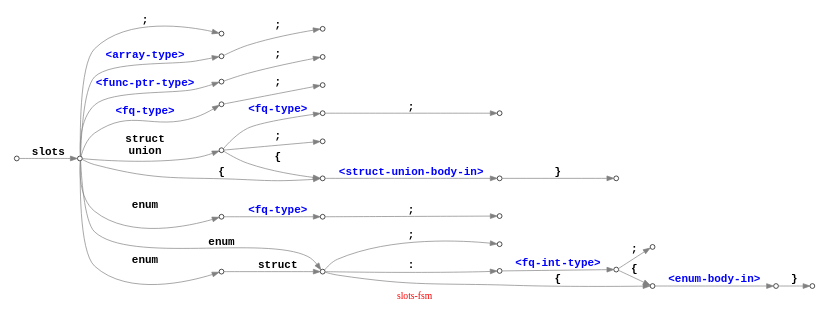
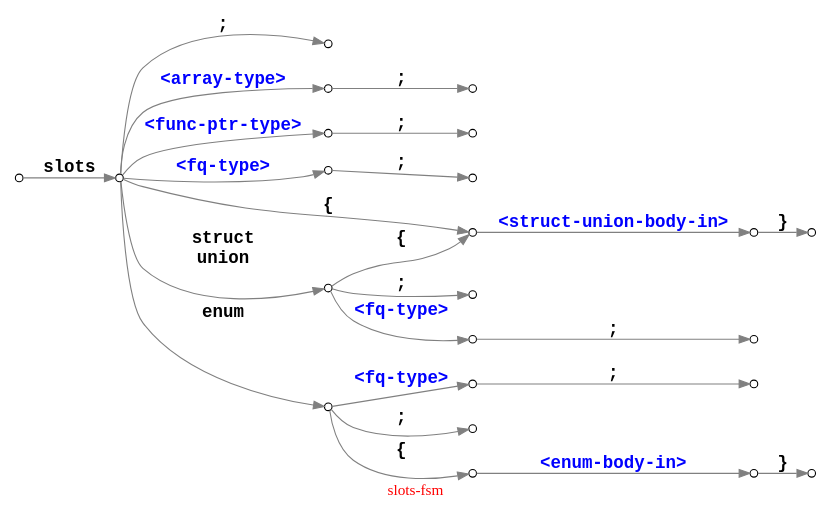
The diagram in slots-fsm.dot (Ayyzee/dakota), drawn with Graphviz before and after one commit.

Commit message:
Removed support for old enum and explicit enum int types.

```diff
--- a/slots-fsm.dot
+++ b/slots-fsm.dot
@@ -1,73 +1,57 @@
 // -*- mode: c++ -*-
 
 // slots <array-type>        ;        =>  typealias   slots-t = <array-type>      ;
 // slots <func-ptr-type>     ;        =>  typealias   slots-t = <func-ptr-type>   ;
 
 // slots             <>      ;        =>  typealias   slots-t =        <>         ;
 // slots struct      <>      ;        =>  typealias   slots-t = struct <>         ;
 // slots union       <>      ;        =>  typealias   slots-t = union  <>         ;
 // slots enum        <>      ;        =>  typealias   slots-t = enum   <>         ;
 
 // slots                     ;        =>  struct      slots-t                     ;
 // slots                     { ... }  =>  struct      slots-t                     { ... }
 
 // slots struct              ;        =>  struct      slots-t                     ;
 // slots struct              { ... }  =>  struct      slots-t                     { ... }
 
 // slots union               ;        =>  union       slots-t                     ;
 // slots union               { ... }  =>  union       slots-t                     { ... }
 
-// slots enum                ;        =>  enum        slots-t             : int-t ;
-// slots enum                { ... }  =>  enum        slots-t             : int-t { ... }
-//
-// slots enum           : <> ;        =>  enum        slots-t             : <>    ;
-// slots enum           : <> { ... }  =>  enum        slots-t             : <>    { ... }
-
-// slots enum struct         ;        =>  enum struct slots-t                     ;
-// slots enum struct         { ... }  =>  enum struct slots-t                     { ... }
-//
-// slots enum struct    : <> ;        =>  enum struct slots-t             : <>    ;
-// slots enum struct    : <> { ... }  =>  enum struct slots-t             : <>    { ... }
+// slots enum                ;        =>  enum struct slots-t                     ;
+// slots enum                { ... }  =>  enum struct slots-t                     { ... }
 
 digraph "slots-fsm" {
   graph [ rankdir = LR, label = "\G", fontcolor = red ];
   //graph [ page = "8.5,11" ];
   graph [ size = "7.5,10" ];
   edge [ fontsize = 16, fontname = "courier-bold", color = grey ];
   node [ shape = circle, fontsize = 12, width = 0.3, fixedsize = true ];
   node [ label = "", width = 0.1 ];
 
   000 -> 010 [ label = "slots" ];
 
   010 -> 015 [ label = ";" ];
   010 -> 141 [ label = "<array-type>", fontcolor = blue ];
   010 -> 142 [ label = "<func-ptr-type>", fontcolor = blue ];
   010 -> 140 [ label = "<fq-type>", fontcolor = blue ];
   140 -> 145 [ label = ";" ];
   141 -> 146 [ label = ";" ];
   142 -> 147 [ label = ";" ];
 
   010 -> 100 [ label = "struct\nunion" ];
   010 -> 110 [ label = "{" ];
   100 -> 110 [ label = "{" ];
   100 -> 105 [ label = ";" ];
   100 -> 150 [ label = "<fq-type>", fontcolor = blue ];
   150 -> 160 [ label = ";" ];
   110 -> 120 [ label = "<struct-union-body-in>", fontcolor = blue ];
   120 -> 130 [ label = "}" ];
 
-  010 -> 031 [ label = "enum" ];
-  031 -> 170 [ label = "<fq-type>", fontcolor = blue ];
+  010 -> 030 [ label = "enum" ];
+  030 -> 170 [ label = "<fq-type>", fontcolor = blue ];
   170 -> 180 [ label = ";" ];
   030 -> 035 [ label = ";" ];
-  010 -> 020 [ label = "enum" ];
-  010 -> 030 [ label = "enum" ];
-  020 -> 030 [ label = "struct" ];
-  030 -> 040 [ label = ":" ];
   030 -> 060 [ label = "{" ];
-  040 -> 050 [ label = "<fq-int-type>", fontcolor = blue ];
-  050 -> 060 [ label = "{" ];
-  050 -> 055 [ label = ";" ];
   060 -> 070 [ label = "<enum-body-in>", fontcolor = blue ];
   070 -> 080 [ label = "}" ];
 }
```
